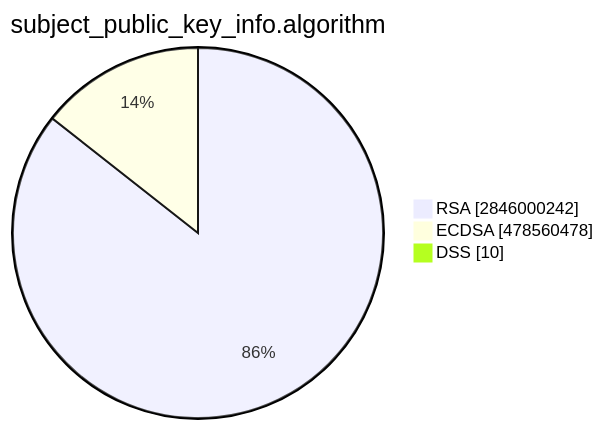
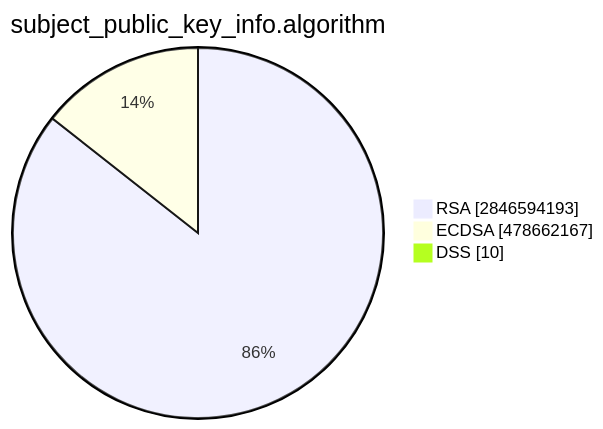
Before and after one commit to christiankrug/ctmonitor_visualization: the second of 15 diagrams in TOTAL/README.md, drawn with Mermaid. The commit also changed other lines of this file, not shown here.

````diff
--- a/TOTAL/README.md
+++ b/TOTAL/README.md
@@ -6,7 +6,7 @@
 ```mermaid
 pie showData
 title subject_public_key_info.algorithm
-"RSA" :2846000242
-"ECDSA" :478560478
+"RSA" :2846594193
+"ECDSA" :478662167
 "DSS" :10
 ```
````
